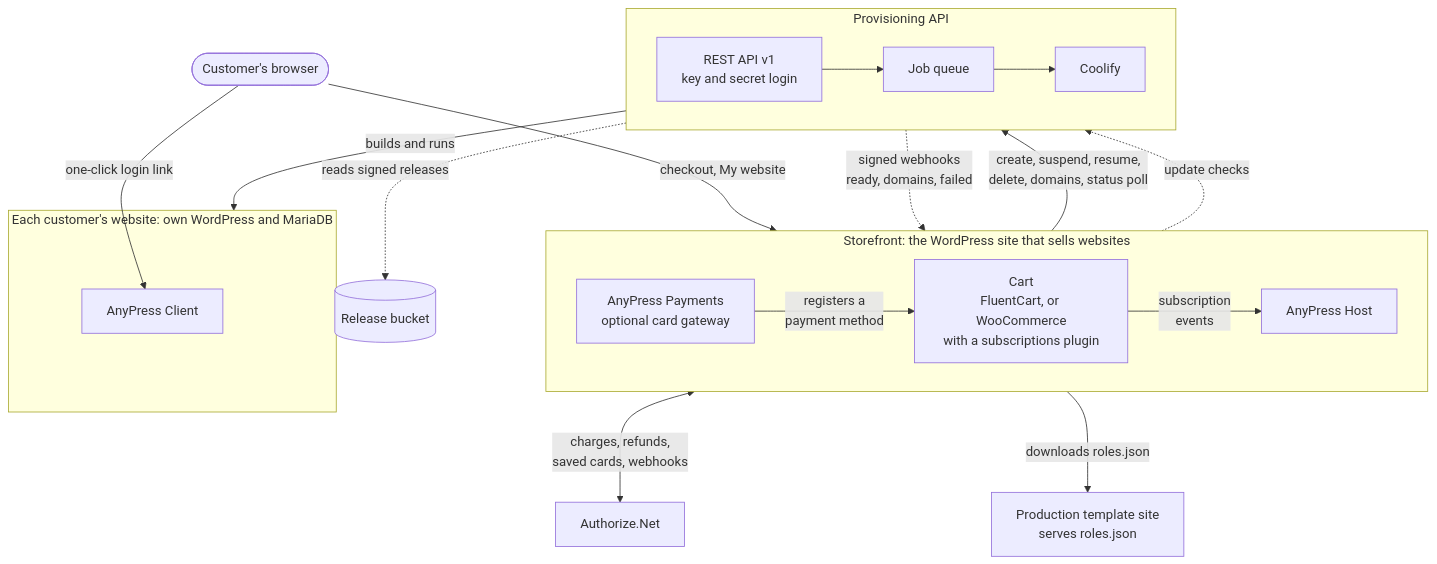
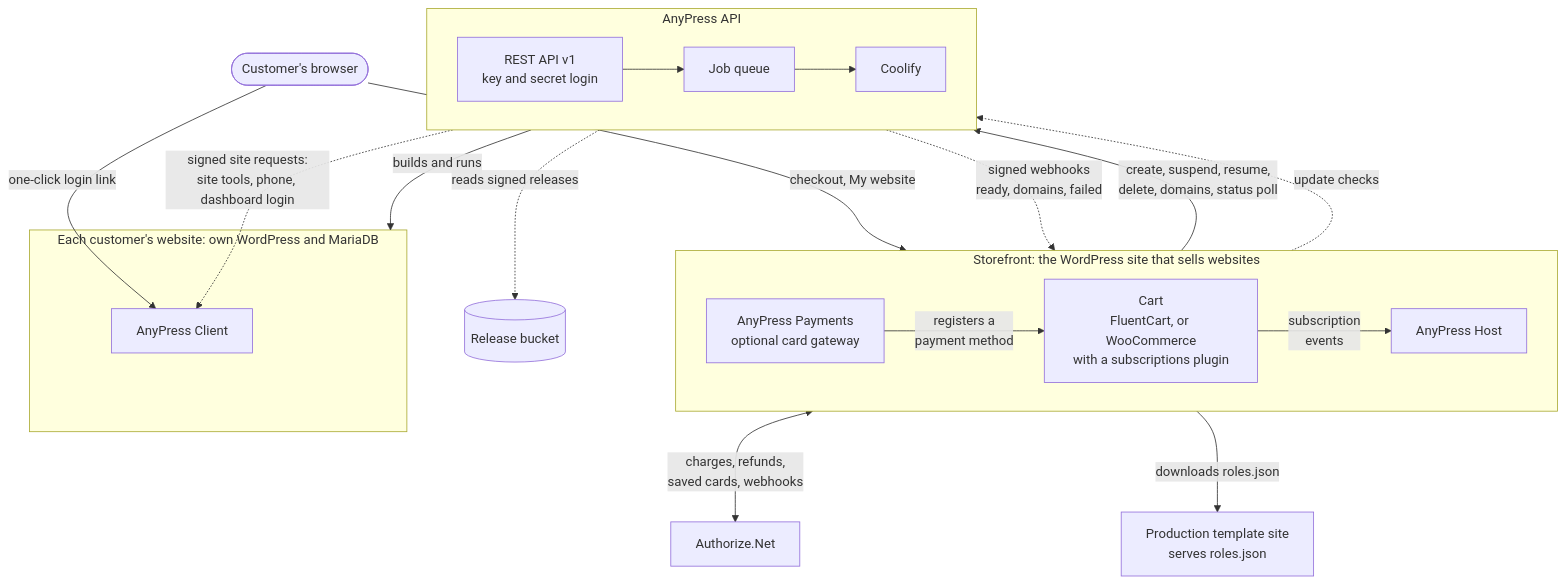
One commit to otaku-solutions/anypress-plugins changed the first of 5 diagrams in docs/architecture/README.md. Above: the diagram before and after it, drawn with Mermaid. The commit also changed other lines of this file and 8 other files, not shown here.

````diff
--- a/docs/architecture/README.md
+++ b/docs/architecture/README.md
@@ -17,37 +22,38 @@
 ```mermaid
 flowchart TB
   BUY(["Customer's browser"])
 
   subgraph SF["Storefront: the WordPress site that sells websites"]
     direction LR
     PAY["AnyPress Payments<br/>optional card gateway"]
     CART["Cart<br/>FluentCart, or WooCommerce<br/>with a subscriptions plugin"]
     HOST["AnyPress Host"]
     PAY -->|"registers a<br/>payment method"| CART
     CART -->|"subscription<br/>events"| HOST
   end
 
   ANET["Authorize.Net"]
   TPL["Production template site<br/>serves roles.json"]
 
-  subgraph API["Provisioning API"]
+  subgraph API["AnyPress API"]
     direction LR
     REST["REST API v1<br/>key and secret login"] --> QUEUE["Job queue"] --> COOL["Coolify"]
   end
 
   R2[("Release bucket")]
 
   subgraph STORE["Each customer's website: own WordPress and MariaDB"]
     CLIENT["AnyPress Client"]
   end
 
   BUY -->|"checkout, My website"| CART
   BUY -->|"one-click login link"| CLIENT
   PAY <-->|"charges, refunds,<br/>saved cards, webhooks"| ANET
   HOST -->|"create, suspend, resume,<br/>delete, domains, status poll"| REST
   REST -.->|"signed webhooks<br/>ready, domains, failed"| HOST
   HOST -->|"downloads roles.json"| TPL
   COOL -->|"builds and runs"| STORE
+  REST -.->|"signed site requests:<br/>site tools, phone, dashboard login"| CLIENT
   HOST -.->|"update checks"| REST
   REST -.->|"reads signed releases"| R2
 ```
````
